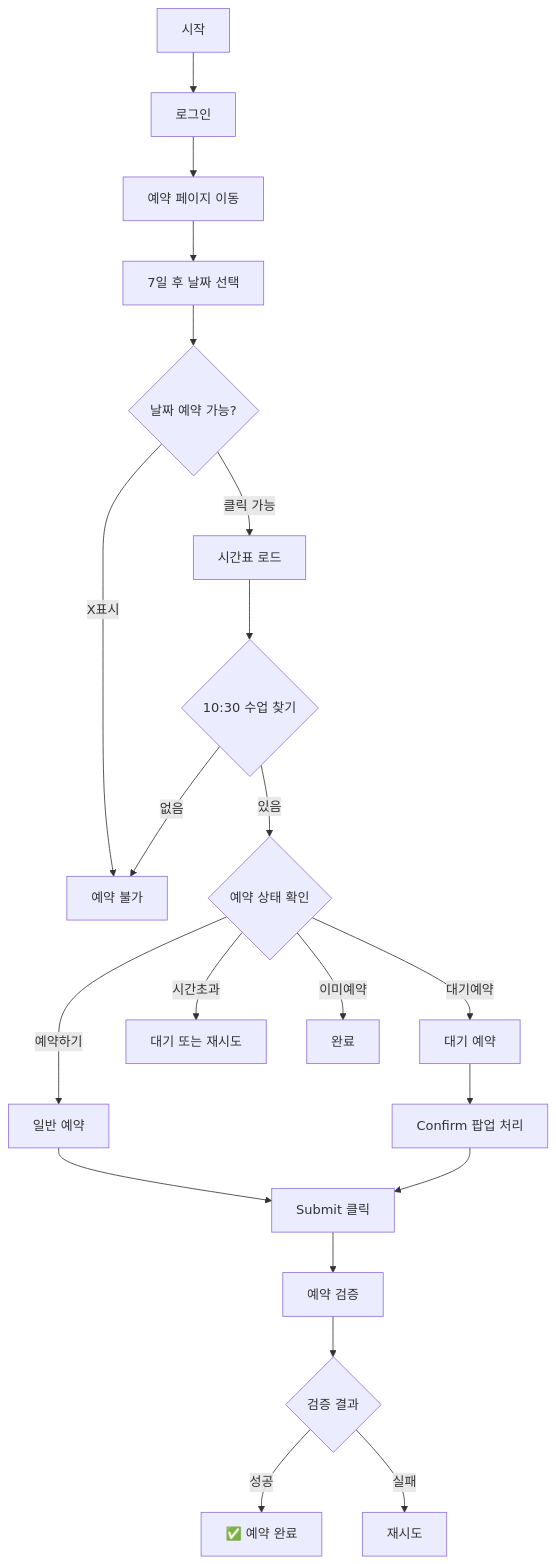
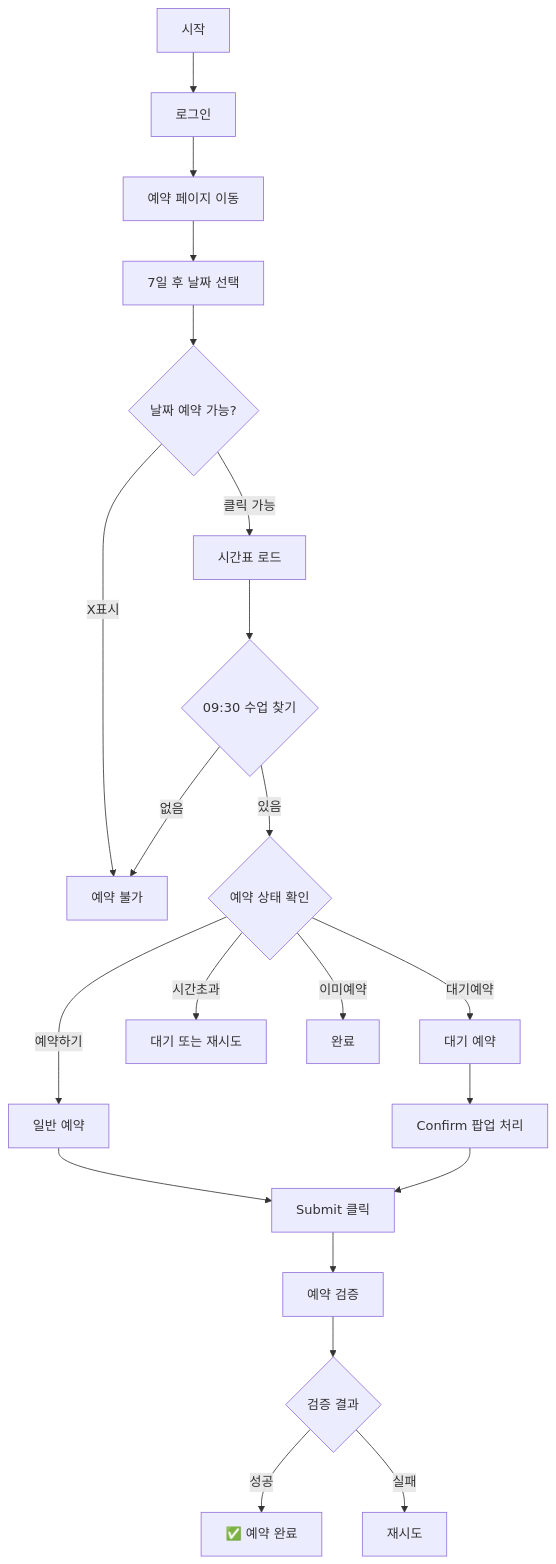
The diagram in README.md (jaehoooN/pilates0930), drawn with Mermaid before and after one commit. The commit also changed other lines of this file, not shown here.

````diff
--- a/README.md
+++ b/README.md
@@ -78,23 +79,23 @@
 ```mermaid
 graph TD
     A[시작] --> B[로그인]
     B --> C[예약 페이지 이동]
     C --> D[7일 후 날짜 선택]
     D --> E{날짜 예약 가능?}
     E -->|X표시| F[예약 불가]
     E -->|클릭 가능| G[시간표 로드]
-    G --> H{10:30 수업 찾기}
+    G --> H{09:30 수업 찾기}
     H -->|없음| F
     H -->|있음| I{예약 상태 확인}
     I -->|예약하기| J[일반 예약]
     I -->|대기예약| K[대기 예약]
     I -->|시간초과| L[대기 또는 재시도]
     I -->|이미예약| M[완료]
     J --> N[Submit 클릭]
     K --> O[Confirm 팝업 처리]
     O --> N
     N --> P[예약 검증]
     P --> Q{검증 결과}
     Q -->|성공| R[✅ 예약 완료]
     Q -->|실패| S[재시도]
 ```
````
